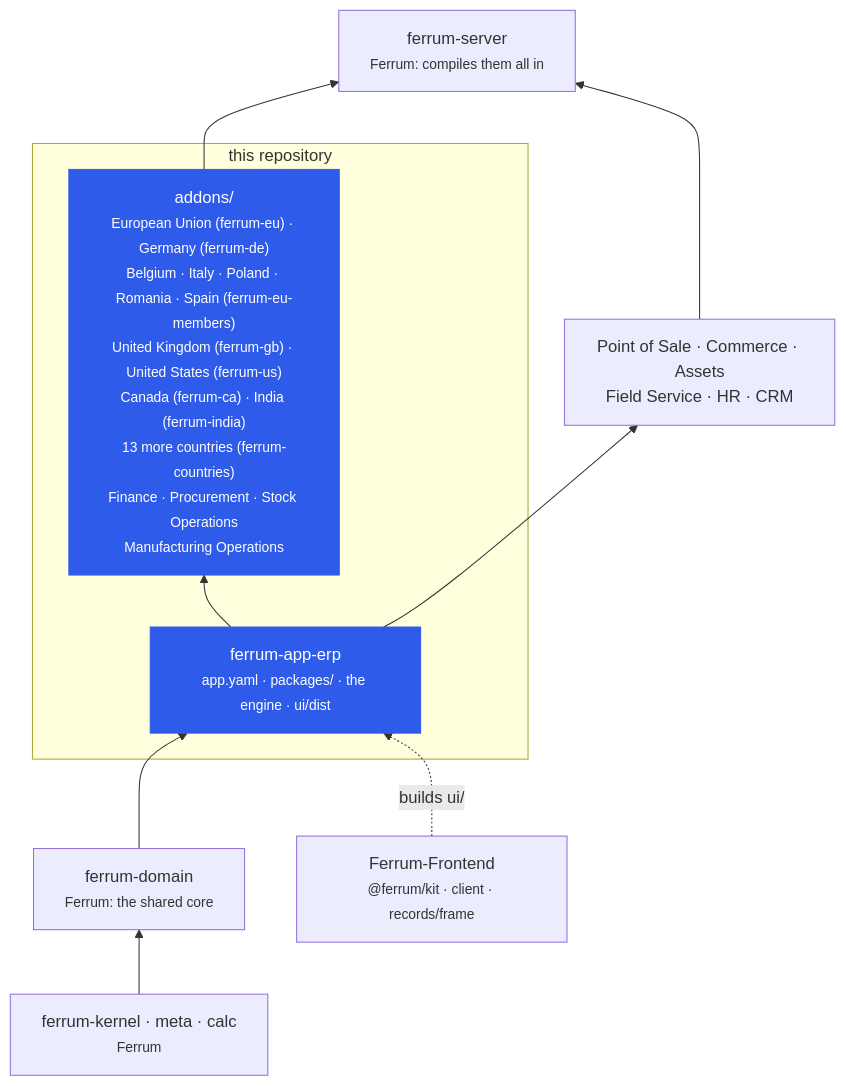
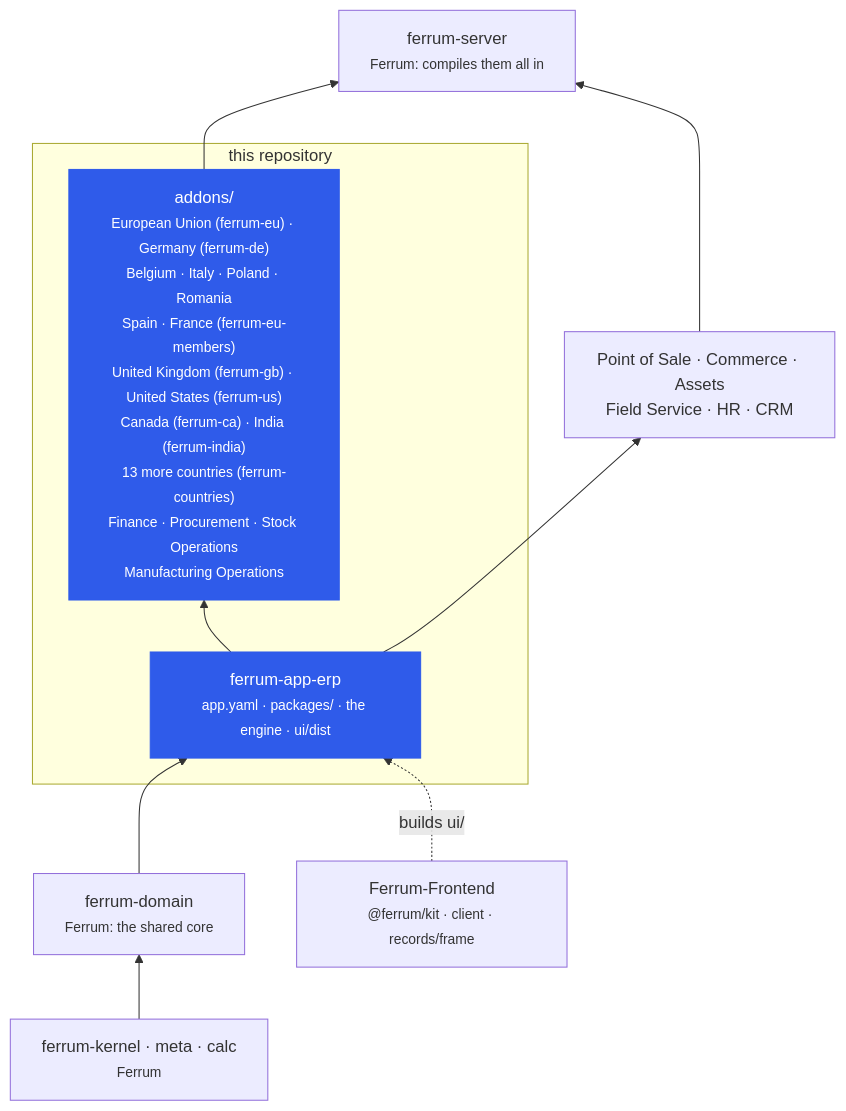
The third of 3 diagrams in README.md (CBFerrum/ferrum-app-erp), drawn with Mermaid before and after one commit. The commit also changed other lines of this file, not shown here.

Commit message:
README: France (the plateforme agréée, e-reporting, the invoice's mentions) in ferrum-eu-members, and the EU 0.1.5

````diff
--- a/README.md
+++ b/README.md
@@ -213,20 +215,20 @@
 ```mermaid
 flowchart BT
     KER["ferrum-kernel · meta · calc<br/><small>Ferrum</small>"]
     CORE["ferrum-domain<br/><small>Ferrum: the shared core</small>"]
     subgraph REPO["this repository"]
         APP["ferrum-app-erp<br/><small>app.yaml · packages/ · the engine · ui/dist</small>"]
-        ADD["addons/<br/><small>European Union (ferrum-eu) · Germany (ferrum-de)<br/>Belgium · Italy · Poland · Romania · Spain (ferrum-eu-members)<br/>United Kingdom (ferrum-gb) · United States (ferrum-us)<br/>Canada (ferrum-ca) · India (ferrum-india)<br/>13 more countries (ferrum-countries)<br/>Finance · Procurement · Stock Operations<br/>Manufacturing Operations</small>"]
+        ADD["addons/<br/><small>European Union (ferrum-eu) · Germany (ferrum-de)<br/>Belgium · Italy · Poland · Romania<br/>Spain · France (ferrum-eu-members)<br/>United Kingdom (ferrum-gb) · United States (ferrum-us)<br/>Canada (ferrum-ca) · India (ferrum-india)<br/>13 more countries (ferrum-countries)<br/>Finance · Procurement · Stock Operations<br/>Manufacturing Operations</small>"]
     end
     APPS["Point of Sale · Commerce · Assets<br/>Field Service · HR · CRM"]
     SRV["ferrum-server<br/><small>Ferrum: compiles them all in</small>"]
     FE["Ferrum-Frontend<br/><small>@ferrum/kit · client · records/frame</small>"]
     KER --> CORE --> APP
     APP --> ADD
     APP --> APPS
     ADD --> SRV
     APPS --> SRV
     FE -. builds ui/ .-> APP
     classDef erp fill:#2f5bea,color:#fff,stroke:#2f5bea
     class APP,ADD erp
 ```
````
